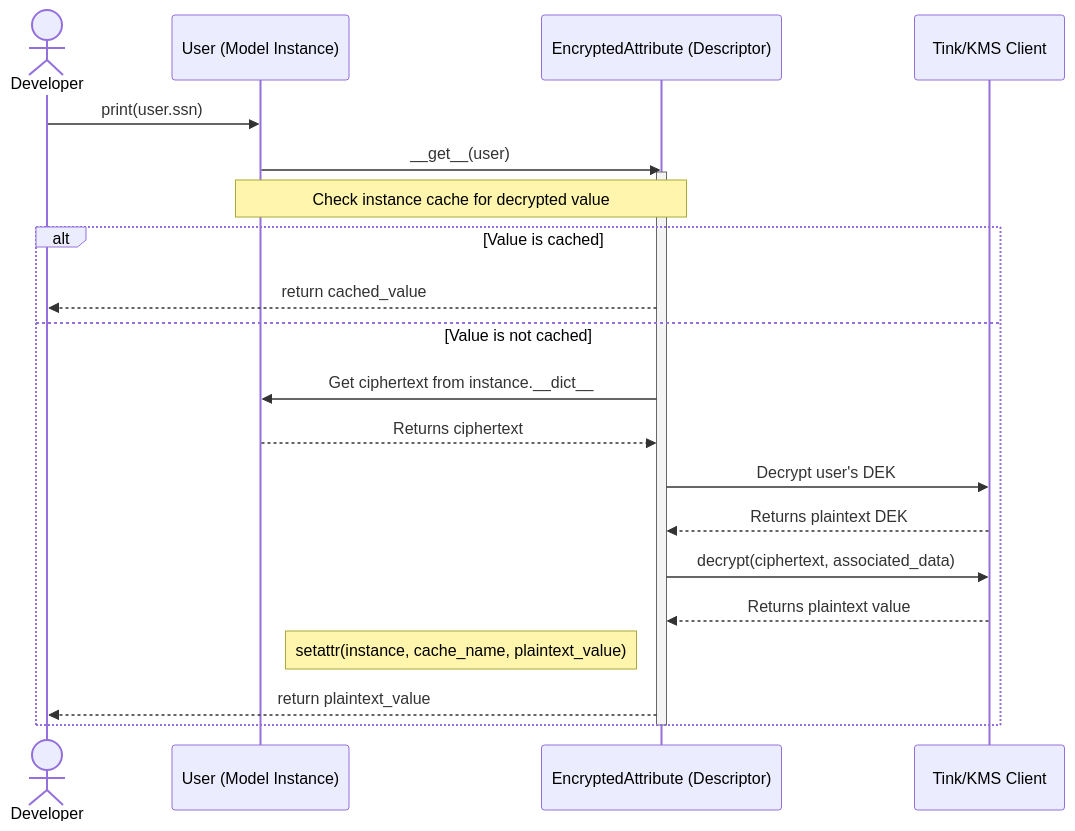
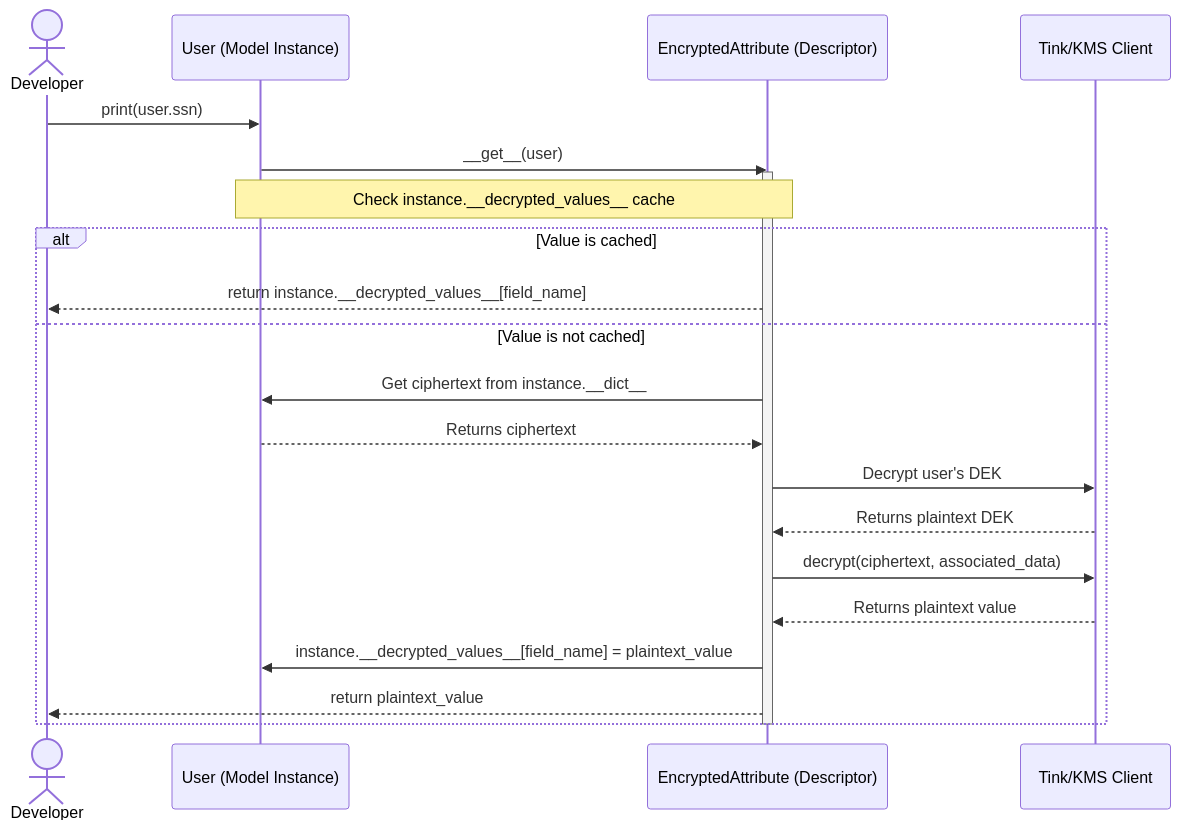
Before and after one commit to ocadotechnology/codeforlife-package-python: the third of 5 diagrams in docs/client-side-encryption.md, drawn with Mermaid. The commit also changed other lines of this file, not shown here.

Commit message:
Encrypted Model and Field Initialization

````diff
--- a/docs/client-side-encryption.md
+++ b/docs/client-side-encryption.md
@@ -234,26 +235,26 @@
 ```mermaid
 sequenceDiagram
     actor Developer
     participant User as User (Model Instance)
     participant EncryptedAttribute as EncryptedAttribute (Descriptor)
     participant GcpKmsClient as Tink/KMS Client
 
     Developer->>User: print(user.ssn)
     User->>EncryptedAttribute: __get__(user)
     activate EncryptedAttribute
 
-    Note over User, EncryptedAttribute: Check instance cache for decrypted value
+    Note over User, EncryptedAttribute: Check instance.__decrypted_values__ cache
     alt Value is cached
-        EncryptedAttribute-->>Developer: return cached_value
+        EncryptedAttribute-->>Developer: return instance.__decrypted_values__[field_name]
     else Value is not cached
         EncryptedAttribute->>User: Get ciphertext from instance.__dict__
         User-->>EncryptedAttribute: Returns ciphertext
         EncryptedAttribute->>GcpKmsClient: Decrypt user's DEK
         GcpKmsClient-->>EncryptedAttribute: Returns plaintext DEK
         EncryptedAttribute->>GcpKmsClient: decrypt(ciphertext, associated_data)
         GcpKmsClient-->>EncryptedAttribute: Returns plaintext value
-        Note left of EncryptedAttribute: setattr(instance, cache_name, plaintext_value)
+        EncryptedAttribute->>User: instance.__decrypted_values__[field_name] = plaintext_value
         EncryptedAttribute-->>Developer: return plaintext_value
     end
     deactivate EncryptedAttribute
 ```
````
